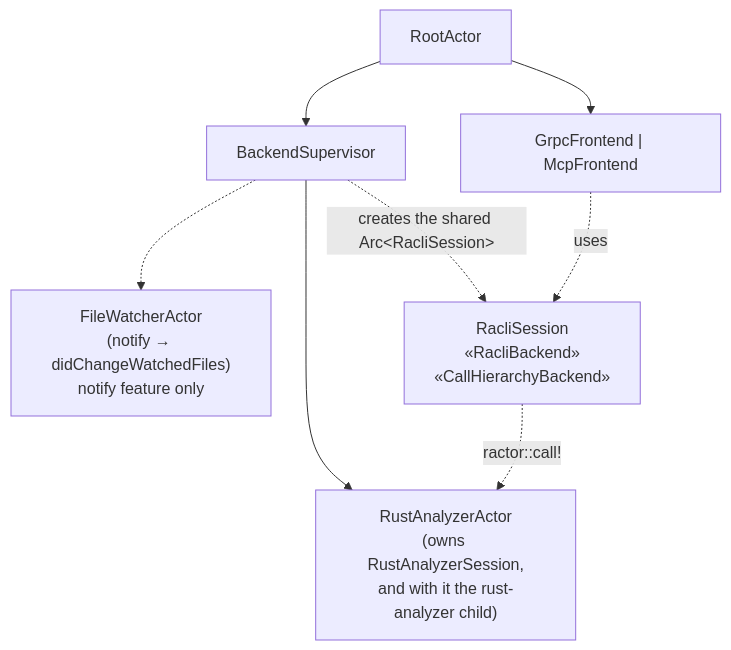
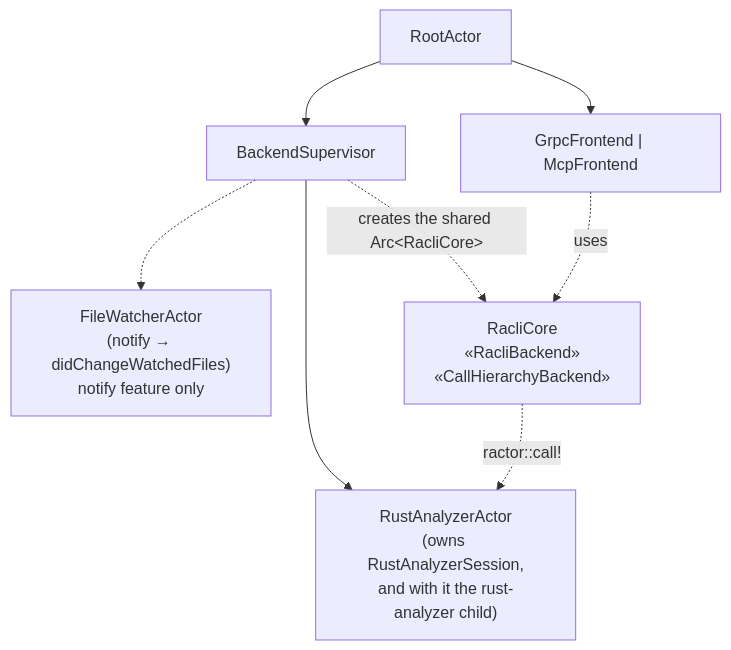
Before and after one commit to aisrael/racli: the sixth of 6 diagrams in docs/high-level-architecture.md, drawn with Mermaid. The commit also changed other lines of this file and 17 other files, not shown here.

First line of the commit message:
Rename RacliSession to RacliCore

````diff
--- a/docs/high-level-architecture.md
+++ b/docs/high-level-architecture.md
@@ -128,10 +128,10 @@
 ```mermaid
 flowchart TD
     Root[RootActor] --> Backend[BackendSupervisor]
     Root --> Frontend["GrpcFrontend | McpFrontend"]
     Backend --> RA["RustAnalyzerActor<br/>(owns RustAnalyzerSession,<br/>and with it the rust-analyzer child)"]
     Backend -.-> Watcher["FileWatcherActor<br/>(notify → didChangeWatchedFiles)<br/>notify feature only"]
-    Backend -.->|"creates the shared Arc#lt;RacliSession#gt;"| Session["RacliSession<br/>«RacliBackend»<br/>«CallHierarchyBackend»"]
+    Backend -.->|"creates the shared Arc#lt;RacliCore#gt;"| Session["RacliCore<br/>«RacliBackend»<br/>«CallHierarchyBackend»"]
     Frontend -.->|"uses"| Session
     Session -.->|"ractor::call!"| RA
 ```
````
